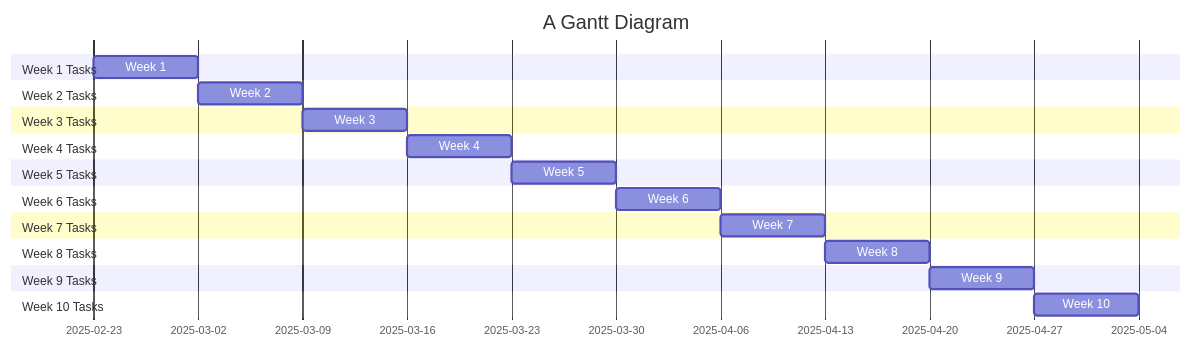
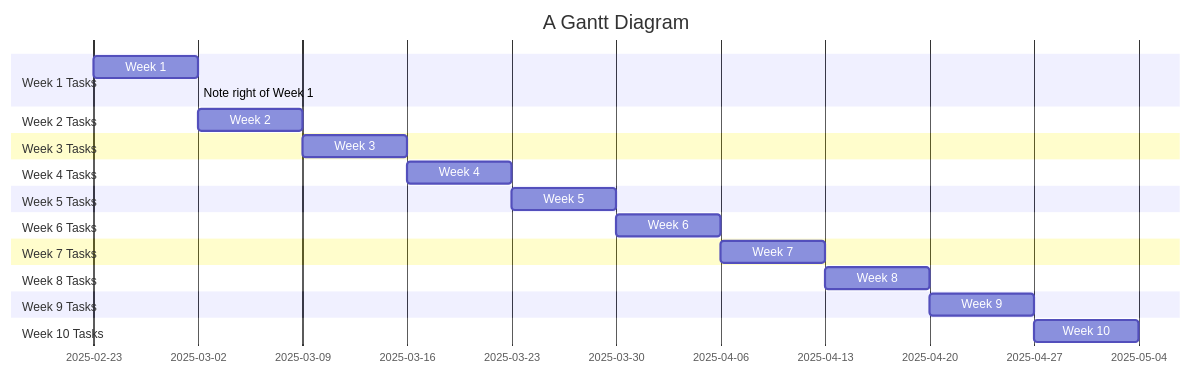
One commit to Tukonoma/UNVS-190---Group-2 changed the diagram in Timeline.md. Above: the diagram before and after it, drawn with Mermaid.

Commit message:
Timeline.md

````diff
--- a/Timeline.md
+++ b/Timeline.md
@@ -1,39 +1,40 @@
 ```mermaid
 gantt
     title A Gantt Diagram
     dateFormat YYYY-MM-DD
     section Week 1 Tasks
         Week 1        :a1, 2025-02-23, 7d
-       
+       Note right of Week 1: Researching different data centers and study the different legends for all necessary parts on Autocad
+
     section Week 2 Tasks
         Week 2 :2025-03-02, 7d
 
 
     section Week 3 Tasks
         Week 3          :2025-03-09, 7d
 
 
     section Week 4 Tasks
         Week 4          :2025-03-16, 7d
    
     section Week 5 Tasks
         Week 5          :2025-03-23, 7d
   section Week 6 Tasks
         Week 6      :2025-03-30, 7d
        
     section Week 7 Tasks
         Week 7      :2025-04-06, 7d
        
     section Week 8 Tasks
         Week 8      :2025-04-13, 7d
 
 
     section Week 9 Tasks
         Week 9      :2025-04-20, 7d
 
 
     section Week 10 Tasks
         Week 10     :2025-04-27, 7d
 
 
 ```
````
